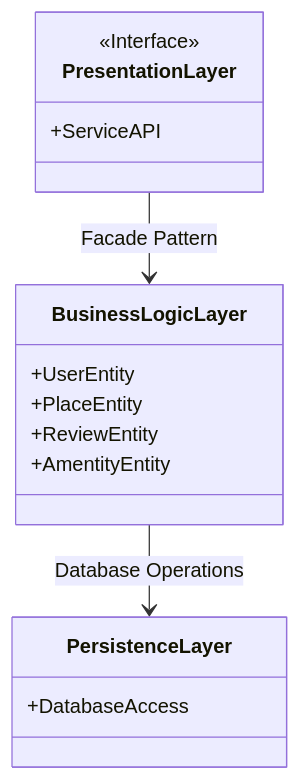
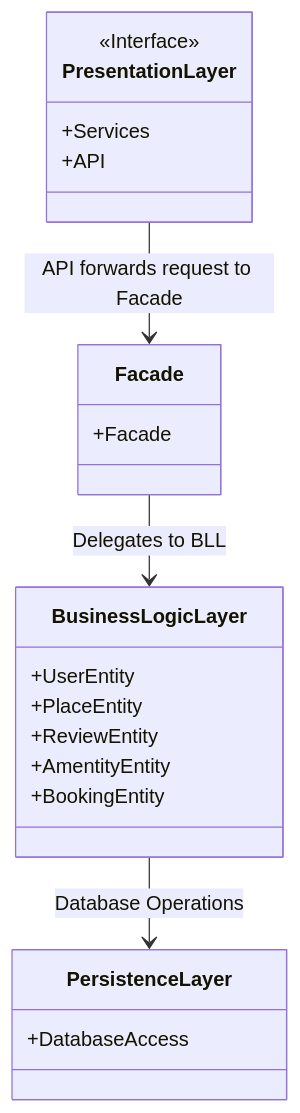
The first of 6 diagrams in part1/README.md (SamAT01ni/holbertonschool-hbnb), drawn with Mermaid before and after one commit.

Commit message:
Package diagram updates

````diff
--- a/part1/README.md
+++ b/part1/README.md
@@ -1,19 +1,25 @@
 ```mermaid
 classDiagram
 class PresentationLayer {
     <<Interface>>
-    +ServiceAPI
+    +Services
+    +API
+}
+class Facade {
+    +Facade
 }
 class BusinessLogicLayer {
     +UserEntity
     +PlaceEntity
     +ReviewEntity
     +AmentityEntity
+    +BookingEntity
 }
 class PersistenceLayer {
     +DatabaseAccess
 
 }
-PresentationLayer --> BusinessLogicLayer : Facade Pattern
+PresentationLayer --> Facade: API forwards request to Facade
+Facade --> BusinessLogicLayer: Delegates to BLL
 BusinessLogicLayer --> PersistenceLayer : Database Operations
 ```
````
